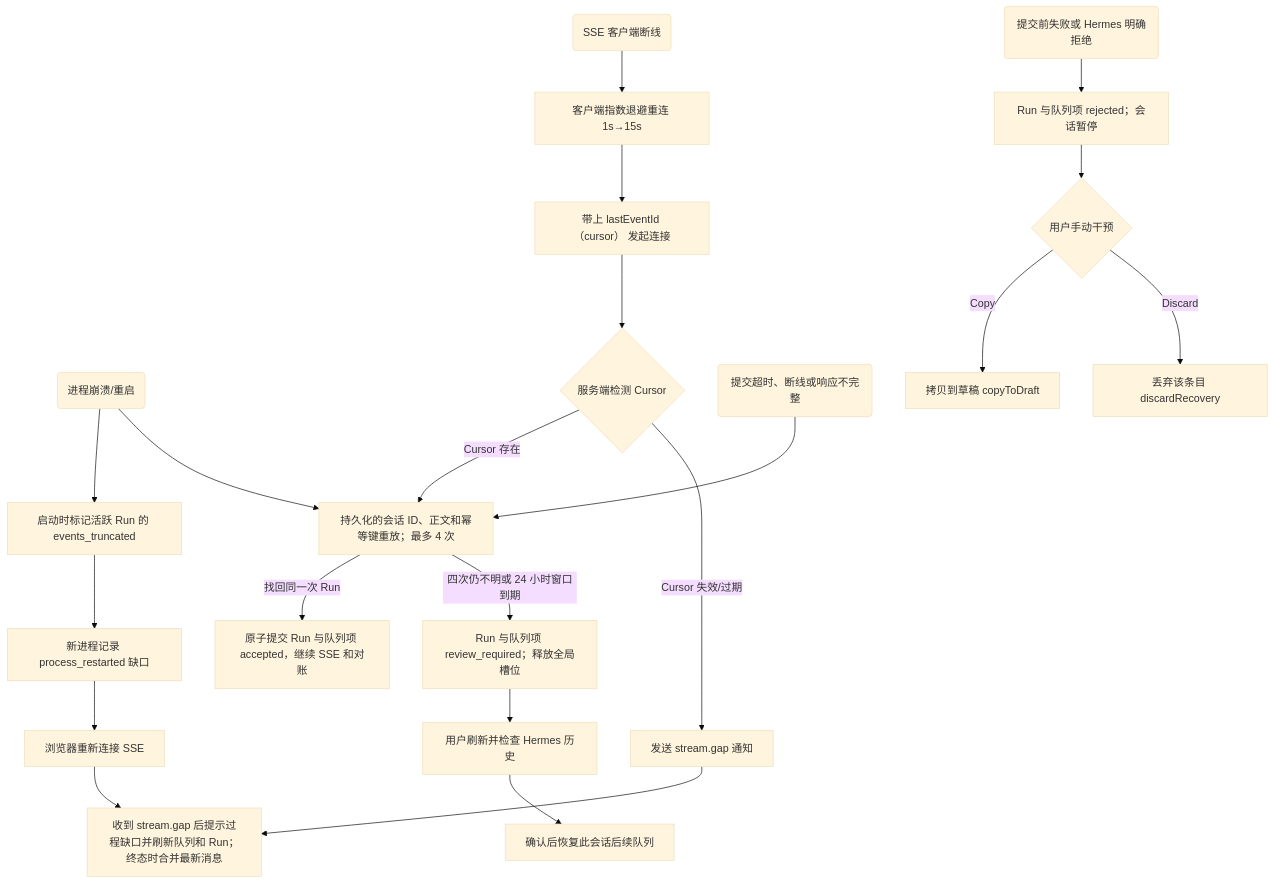
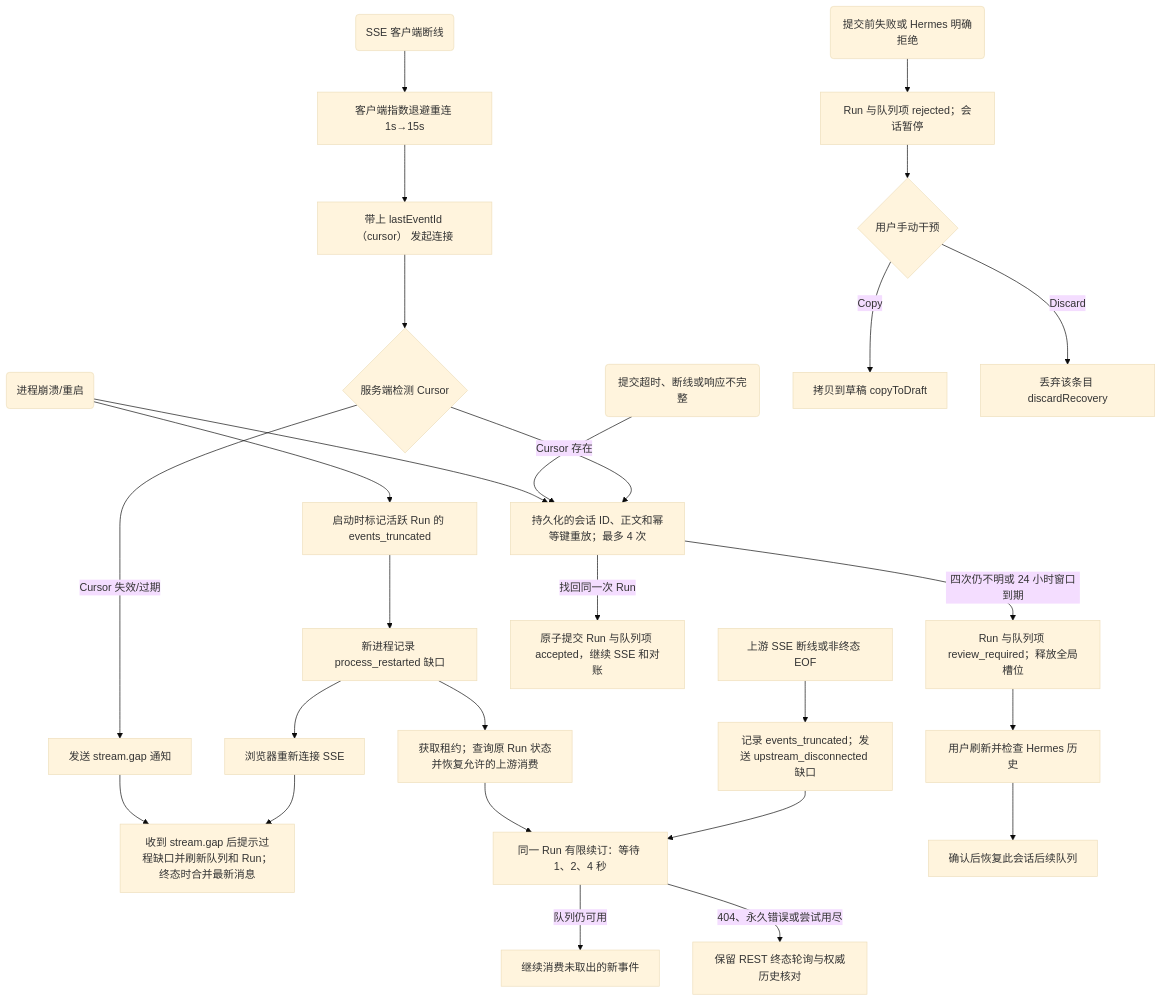
Before and after one commit to ermu03/emu-chat: the sixth of 8 diagrams in docs/07-data-flow.md, drawn with Mermaid (base theme). The commit also changed other lines of this file and 16 other files, not shown here.

Commit message:
fix: recover active run streams and release upstream connections

````diff
--- a/docs/07-data-flow.md
+++ b/docs/07-data-flow.md
@@ -182,25 +182,32 @@
 ```mermaid
 flowchart TD
     Crash(进程崩溃/重启) --> MarkTruncate[启动时标记活跃 Run 的 events_truncated]
     MarkTruncate --> NewHub[新进程记录 process_restarted 缺口]
     NewHub --> Reconnect[浏览器重新连接 SSE]
+    NewHub --> RecoverRun[获取租约；查询原 Run 状态并恢复允许的上游消费]
     Reconnect --> ClientREST[收到 stream.gap 后提示过程缺口并刷新队列和 Run；终态时合并最新消息]
 
     NetDrop(SSE 客户端断线) --> ExpBackoff[客户端指数退避重连 1s→15s]
     ExpBackoff --> SendCursor[带上 lastEventId （cursor） 发起连接]
     SendCursor --> ServerReplay{服务端检测 Cursor}
     ServerReplay -- Cursor 存在 --> Replay[回放遗漏的 RunEvents]
     ServerReplay -- Cursor 失效/过期 --> ReplyGap[发送 stream.gap 通知]
     ReplyGap --> ClientREST
+
+    UpstreamDrop[上游 SSE 断线或非终态 EOF] --> UpstreamGap[记录 events_truncated；发送 upstream_disconnected 缺口]
+    UpstreamGap --> RetryStream[同一 Run 有限续订：等待 1、2、4 秒]
+    RetryStream -- 队列仍可用 --> FreshEvents[继续消费未取出的新事件]
+    RetryStream -- 404、永久错误或尝试用尽 --> PollRun[保留 REST 终态轮询与权威历史核对]
+    RecoverRun --> RetryStream
 
     Unknown(提交超时、断线或响应不完整) --> Replay[持久化的会话 ID、正文和幂等键重放；最多 4 次]
     Crash --> Replay
     Replay -- 找回同一次 Run --> Accepted[原子提交 Run 与队列项 accepted，继续 SSE 和对账]
     Replay -- 四次仍不明或 24 小时窗口到期 --> Review[Run 与队列项 review_required；释放全局槽位]
     Review --> History[用户刷新并检查 Hermes 历史]
     History --> Resume[确认后恢复此会话后续队列]
     ExplicitFail(提交前失败或 Hermes 明确拒绝) --> Rejected[Run 与队列项 rejected；会话暂停]
     Rejected --> UserAction{用户手动干预}
     UserAction -- Copy --> CopyDraft[拷贝到草稿 copyToDraft]
     UserAction -- Discard --> DiscardItem[丢弃该条目 discardRecovery]
 ```
````
